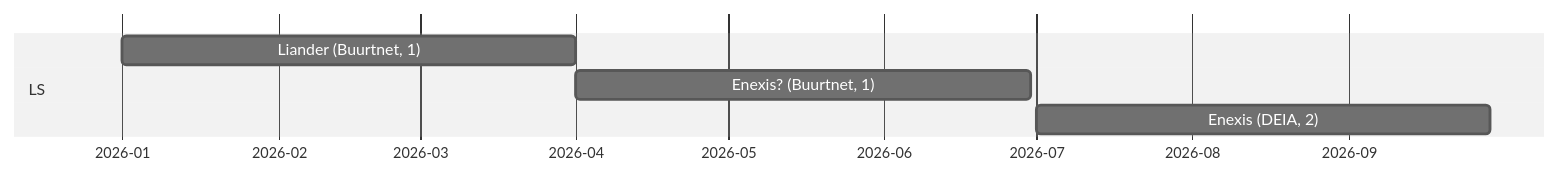
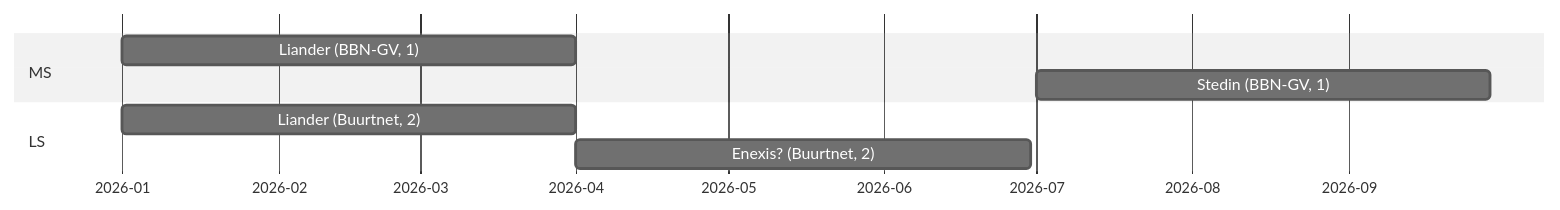
One commit to Netbeheer-Nederland/presentations changed the third of 5 diagrams in presentatie_profile_group-20250113/index.adoc. Above: the diagram before and after it, drawn with Mermaid. The commit also changed other lines of this file and 5 other files, not shown here.

```diff
--- a/presentatie_profile_group-20250113/index.adoc
+++ b/presentatie_profile_group-20250113/index.adoc
@@ -73,12 +111,15 @@
 [mermaid]
 ----
 %%{init: {"theme":"neutral"}}%%
 gantt
     dateFormat  YYYY-MM-DD
     axisFormat  %Y-%m
 
+    section MS
+    Liander (BBN-GV, 1) :2026-01-01, 90d
+    Stedin (BBN-GV, 1) :2026-07-01, 90d
+
     section LS
-    Liander (Buurtnet, 1) :2026-01-01, 90d
-    Enexis? (Buurtnet, 1) :2026-04-01, 90d
-    Enexis (DEIA, 2) :2026-07-01, 90d
+    Liander (Buurtnet, 2) :2026-01-01, 90d
+    Enexis? (Buurtnet, 2) :2026-04-01, 90d
 ----
```
